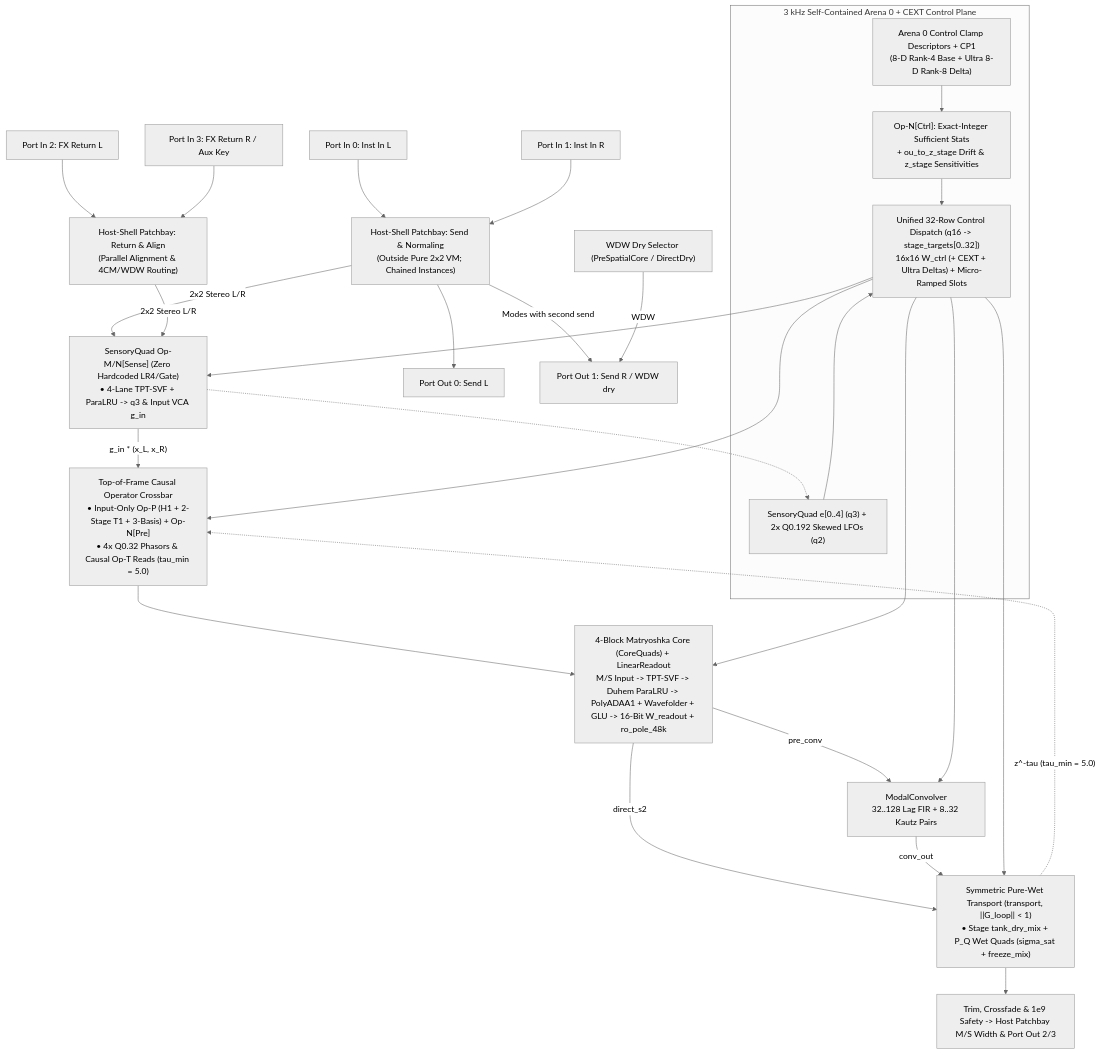
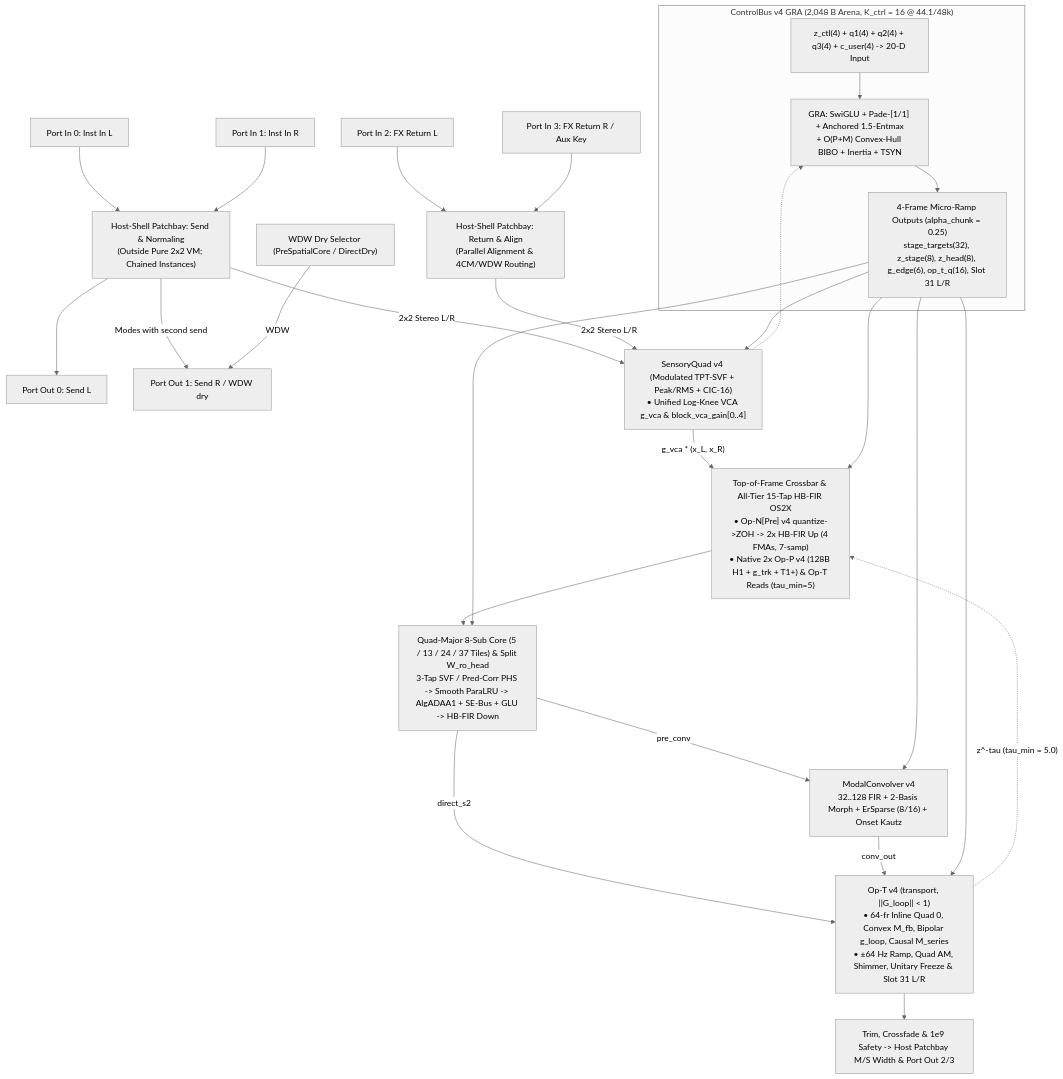
Before and after one commit to mokugen/dnam: the fourth of 7 diagrams in docs/specs/architecture/sona_architecture.md, drawn with Mermaid (neutral theme). The commit also changed other lines of this file and 8 other files, not shown here.

Commit message:
docs(specs): C1.2 update architecture and DSP specifications for SONA v4.0

````diff
--- a/docs/specs/architecture/sona_architecture.md
+++ b/docs/specs/architecture/sona_architecture.md
@@ -534,27 +500,26 @@
 ```mermaid
 flowchart TD
-    subgraph ControlBusGroup ["3 kHz Self-Contained Arena 0 + CEXT Control Plane"]
-        CtrlSrc["Arena 0 Control Clamp Descriptors + CP1<br/>(8-D Rank-4 Base + Ultra 8-D Rank-8 Delta)"] --> OpN["Op-N[Ctrl]: Exact-Integer Sufficient Stats<br/>+ ou_to_z_stage Drift & z_stage Sensitivities"]
-        EnvLfo["SensoryQuad e[0..4] (q3) + 2x Q0.192 Skewed LFOs (q2)"] --> CtrlDispatch["Unified 32-Row Control Dispatch (q16 -> stage_targets[0..32])<br/>16x16 W_ctrl (+ CEXT + Ultra Deltas) + Micro-Ramped Slots"]
-        OpN --> CtrlDispatch
+    subgraph ControlBusGroup ["ControlBus v4 GRA (2,048 B Arena, K_ctrl = 16 @ 44.1/48k)"]
+        CtrlSrc["z_ctl(4) + q1(4) + q2(4) + q3(4) + c_user(4) -> 20-D Input"] --> OpN["GRA: SwiGLU + Pade-[1/1] + Anchored 1.5-Entmax<br/>+ O(P+M) Convex-Hull BIBO + Inertia + TSYN"]
+        OpN --> CtrlDispatch["4-Frame Micro-Ramp Outputs (alpha_chunk = 0.25)<br/>stage_targets(32), z_stage(8), z_head(8), g_edge(6), op_t_q(16), Slot 31 L/R"]
     end
 
     In0["Port In 0: Inst In L"] & In1["Port In 1: Inst In R"] --> PreRouter["Host-Shell Patchbay: Send & Normaling<br/>(Outside Pure 2x2 VM; Chained Instances)"]
     In2["Port In 2: FX Return L"] & In3["Port In 3: FX Return R / Aux Key"] --> DownRouter["Host-Shell Patchbay: Return & Align<br/>(Parallel Alignment & 4CM/WDW Routing)"]
     PreRouter --> Out0["Port Out 0: Send L"]
     PreRouter -->|"Modes with second send"| Out1["Port Out 1: Send R / WDW dry"]
     DryTap["WDW Dry Selector (PreSpatialCore / DirectDry)"] -->|"WDW"| Out1
 
-    PreRouter & DownRouter -->|"2x2 Stereo L/R"| Sense["SensoryQuad Op-M/N[Sense] (Zero Hardcoded LR4/Gate)<br/>• 4-Lane TPT-SVF + ParaLRU -> q3 & Input VCA g_in"]
-    Sense -.-> EnvLfo
-    Sense -->|"g_in * (x_L, x_R)"| Crossbar["Top-of-Frame Causal Operator Crossbar<br/>• Input-Only Op-P (H1 + 2-Stage T1 + 3-Basis) + Op-N[Pre]<br/>• 4x Q0.32 Phasors & Causal Op-T Reads (tau_min = 5.0)"]
+    PreRouter & DownRouter -->|"2x2 Stereo L/R"| Sense["SensoryQuad v4 (Modulated TPT-SVF + Peak/RMS + CIC-16)<br/>• Unified Log-Knee VCA g_vca & block_vca_gain[0..4]"]
+    Sense -.-> OpN
+    Sense -->|"g_vca * (x_L, x_R)"| Crossbar["Top-of-Frame Crossbar & All-Tier 15-Tap HB-FIR OS2X<br/>• Op-N[Pre] v4 quantize->ZOH -> 2x HB-FIR Up (4 FMAs, 7-samp)<br/>• Native 2x Op-P v4 (128B H1 + g_trk + T1+) & Op-T Reads (tau_min=5)"]
 
-    Crossbar --> SonaCore["4-Block Matryoshka Core (CoreQuads) + LinearReadout<br/>M/S Input -> TPT-SVF -> Duhem ParaLRU -> PolyADAA1 + Wavefolder + GLU -> 16-Bit W_readout + ro_pole_48k"]
-    SonaCore -->|"pre_conv"| Conv["ModalConvolver<br/>32..128 Lag FIR + 8..32 Kautz Pairs"]
-    SonaCore -->|"direct_s2"| LoopFB["Symmetric Pure-Wet Transport (transport, ||G_loop|| < 1)<br/>• Stage tank_dry_mix + P_Q Wet Quads (sigma_sat + freeze_mix)"]
+    Crossbar --> SonaCore["Quad-Major 8-Sub Core (5 / 13 / 24 / 37 Tiles) & Split W_ro_head<br/>3-Tap SVF / Pred-Corr PHS -> Smooth ParaLRU -> AlgADAA1 + SE-Bus + GLU -> HB-FIR Down"]
+    SonaCore -->|"pre_conv"| Conv["ModalConvolver v4<br/>32..128 FIR + 2-Basis Morph + ErSparse (8/16) + Onset Kautz"]
+    SonaCore -->|"direct_s2"| LoopFB["Op-T v4 (transport, ||G_loop|| < 1)<br/>• 64-fr Inline Quad 0, Convex M_fb, Bipolar g_loop, Causal M_series<br/>• ±64 Hz Ramp, Quad AM, Shimmer, Unitary Freeze & Slot 31 L/R"]
     Conv -->|"conv_out"| LoopFB
     LoopFB -. "z^-tau (tau_min = 5.0)" .-> Crossbar
     LoopFB --> MixOut["Trim, Crossfade & 1e9 Safety -> Host Patchbay M/S Width & Port Out 2/3"]
 
     CtrlDispatch --> Sense & Crossbar & SonaCore & Conv & LoopFB
 ```
````
